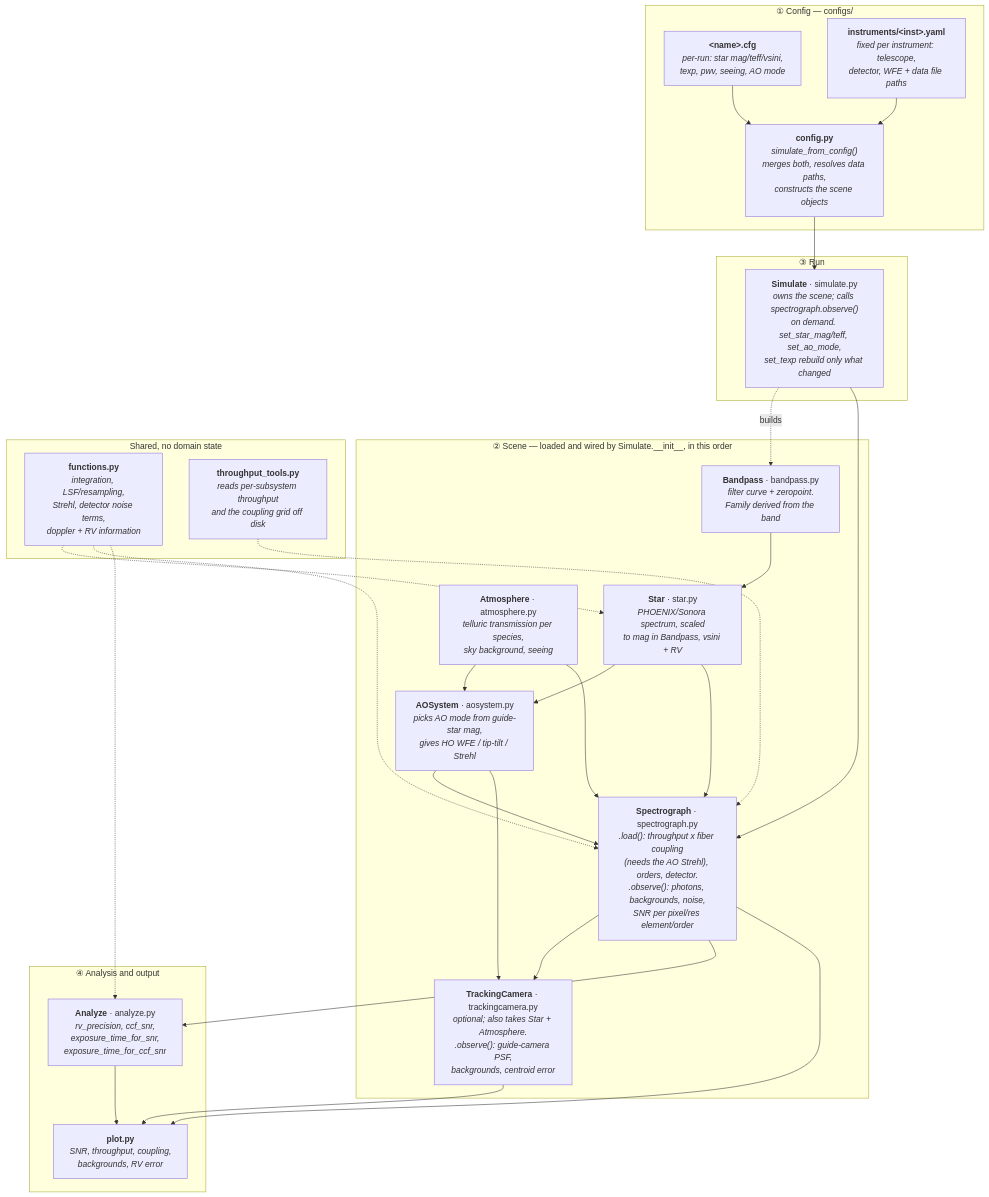
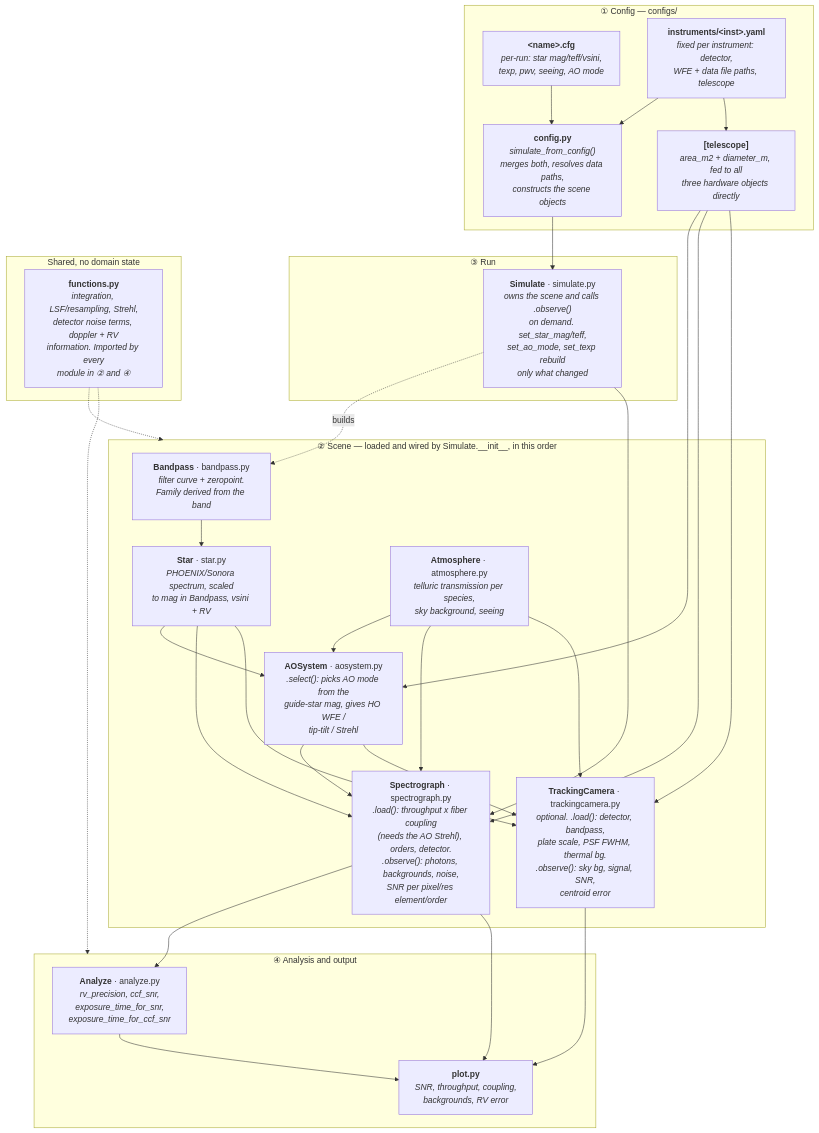
The diagram in README.md (ashbake/specsim), drawn with Mermaid before and after one commit. The commit also changed other lines of this file and 14 other files, not shown here.

````diff
--- a/README.md
+++ b/README.md
@@ -125,56 +130,60 @@
 ```mermaid
 flowchart TD
     subgraph CFG ["① Config — configs/"]
         USERCFG["<b>&lt;name&gt;.cfg</b><br/><i>per-run: star mag/teff/vsini,<br/>texp, pwv, seeing, AO mode</i>"]
-        INSTYAML["<b>instruments/&lt;inst&gt;.yaml</b><br/><i>fixed per instrument: telescope,<br/>detector, WFE + data file paths</i>"]
+        INSTYAML["<b>instruments/&lt;inst&gt;.yaml</b><br/><i>fixed per instrument: detector,<br/>WFE + data file paths, telescope</i>"]
         CONFIG["<b>config.py</b><br/><i>simulate_from_config()<br/>merges both, resolves data paths,<br/>constructs the scene objects</i>"]
+        TEL["<b>[telescope]</b><br/><i>area_m2 + diameter_m, fed to all<br/>three hardware objects directly</i>"]
     end
 
     subgraph SCENE ["② Scene — loaded and wired by Simulate.__init__, in this order"]
         BP["<b>Bandpass</b> · bandpass.py<br/><i>filter curve + zeropoint.<br/>Family derived from the band</i>"]
         STAR["<b>Star</b> · star.py<br/><i>PHOENIX/Sonora spectrum, scaled<br/>to mag in Bandpass, vsini + RV</i>"]
         ATM["<b>Atmosphere</b> · atmosphere.py<br/><i>telluric transmission per species,<br/>sky background, seeing</i>"]
-        AO["<b>AOSystem</b> · aosystem.py<br/><i>picks AO mode from guide-star mag,<br/>gives HO WFE / tip-tilt / Strehl</i>"]
+        AO["<b>AOSystem</b> · aosystem.py<br/><i>.select(): picks AO mode from the<br/>guide-star mag, gives HO WFE /<br/>tip-tilt / Strehl</i>"]
         SPEC["<b>Spectrograph</b> · spectrograph.py<br/><i>.load(): throughput x fiber coupling<br/>(needs the AO Strehl), orders, detector.<br/>.observe(): photons, backgrounds, noise,<br/>SNR per pixel/res element/order</i>"]
-        TRACK["<b>TrackingCamera</b> · trackingcamera.py<br/><i>optional; also takes Star + Atmosphere.<br/>.observe(): guide-camera PSF,<br/>backgrounds, centroid error</i>"]
+        TRACK["<b>TrackingCamera</b> · trackingcamera.py<br/><i>optional. .load(): detector, bandpass,<br/>plate scale, PSF FWHM, thermal bg.<br/>.observe(): sky bg, signal, SNR,<br/>centroid error</i>"]
     end
 
     subgraph RUN ["③ Run"]
-        SIM["<b>Simulate</b> · simulate.py<br/><i>owns the scene; calls spectrograph.observe()<br/>on demand. set_star_mag/teff, set_ao_mode,<br/>set_texp rebuild only what changed</i>"]
+        SIM["<b>Simulate</b> · simulate.py<br/><i>owns the scene and calls .observe()<br/>on demand. set_star_mag/teff,<br/>set_ao_mode, set_texp rebuild<br/>only what changed</i>"]
     end
 
     subgraph OUT ["④ Analysis and output"]
         ANA["<b>Analyze</b> · analyze.py<br/><i>rv_precision, ccf_snr,<br/>exposure_time_for_snr,<br/>exposure_time_for_ccf_snr</i>"]
         PLOT["<b>plot.py</b><br/><i>SNR, throughput, coupling,<br/>backgrounds, RV error</i>"]
     end
 
     subgraph SHARED ["Shared, no domain state"]
-        FUNC["<b>functions.py</b><br/><i>integration, LSF/resampling,<br/>Strehl, detector noise terms,<br/>doppler + RV information</i>"]
-        THRU["<b>throughput_tools.py</b><br/><i>reads per-subsystem throughput<br/>and the coupling grid off disk</i>"]
+        FUNC["<b>functions.py</b><br/><i>integration, LSF/resampling, Strehl,<br/>detector noise terms, doppler + RV<br/>information. Imported by every<br/>module in ② and ④</i>"]
     end
 
     USERCFG --> CONFIG
     INSTYAML --> CONFIG
+    INSTYAML --> TEL
     CONFIG --> SIM
 
     SIM -.builds.-> BP
     BP --> STAR
     STAR --> AO
     ATM --> AO
+    TEL --> AO
+    TEL --> SPEC
+    TEL --> TRACK
+
     AO --> SPEC
     STAR --> SPEC
     ATM --> SPEC
     AO --> TRACK
-    SPEC --> TRACK
+    STAR --> TRACK
+    ATM --> TRACK
 
     SIM --> SPEC
     SPEC --> ANA
     SPEC --> PLOT
     ANA --> PLOT
     TRACK --> PLOT
 
-    FUNC -.-> STAR
-    FUNC -.-> SPEC
-    FUNC -.-> ANA
-    THRU -.-> SPEC
+    FUNC -.-> SCENE
+    FUNC -.-> OUT
 ```
````
